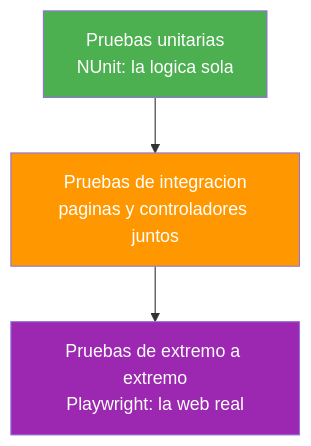
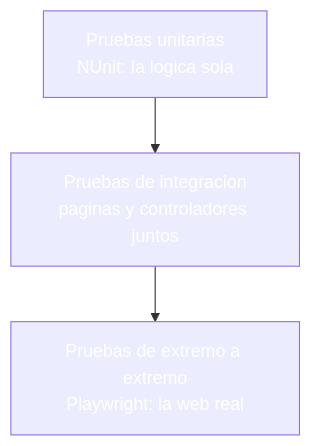
The first of 5 diagrams in 24-testing-documentacion.md (joseluisgs/DesarrolloWebEntornosServidor-03-2026-2027), drawn with Mermaid before and after one commit. The commit also changed other lines of this file and 30 other files, not shown here.

````diff
--- a/24-testing-documentacion.md
+++ b/24-testing-documentacion.md
@@ -50,11 +50,11 @@
 ```mermaid
 graph TD
     E["Pruebas de extremo a extremo<br/>Playwright: la web real"]
     I["Pruebas de integracion<br/>paginas y controladores juntos"]
     U["Pruebas unitarias<br/>NUnit: la logica sola"]
     U --> I
     I --> E
-    style E fill:#9C27B0,color:#fff
-    style I fill:#FF9800,color:#fff
-    style U fill:#4CAF50,color:#fff
+    style E fill:#9C27B,color:#fff0,color:#fff
+    style I fill:#FF980,color:#fff0,color:#fff
+    style U fill:#4CAF5,color:#fff0,color:#fff
 ```
````
